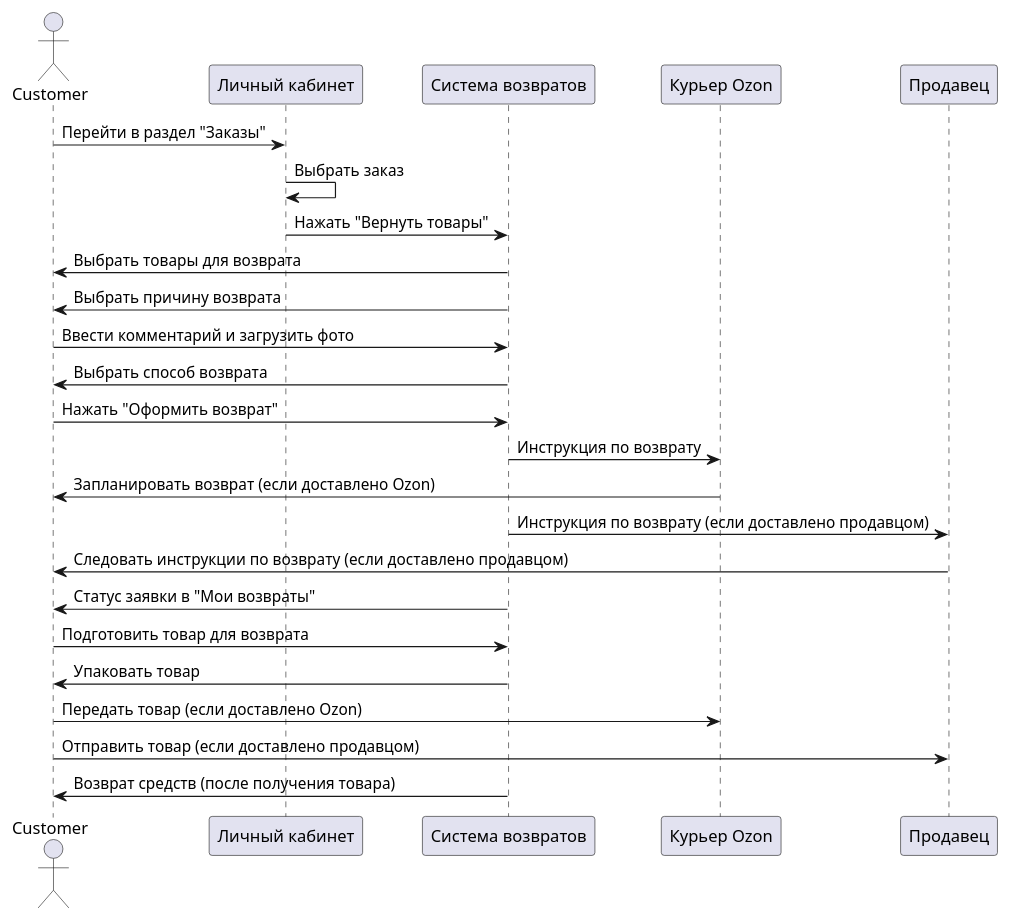
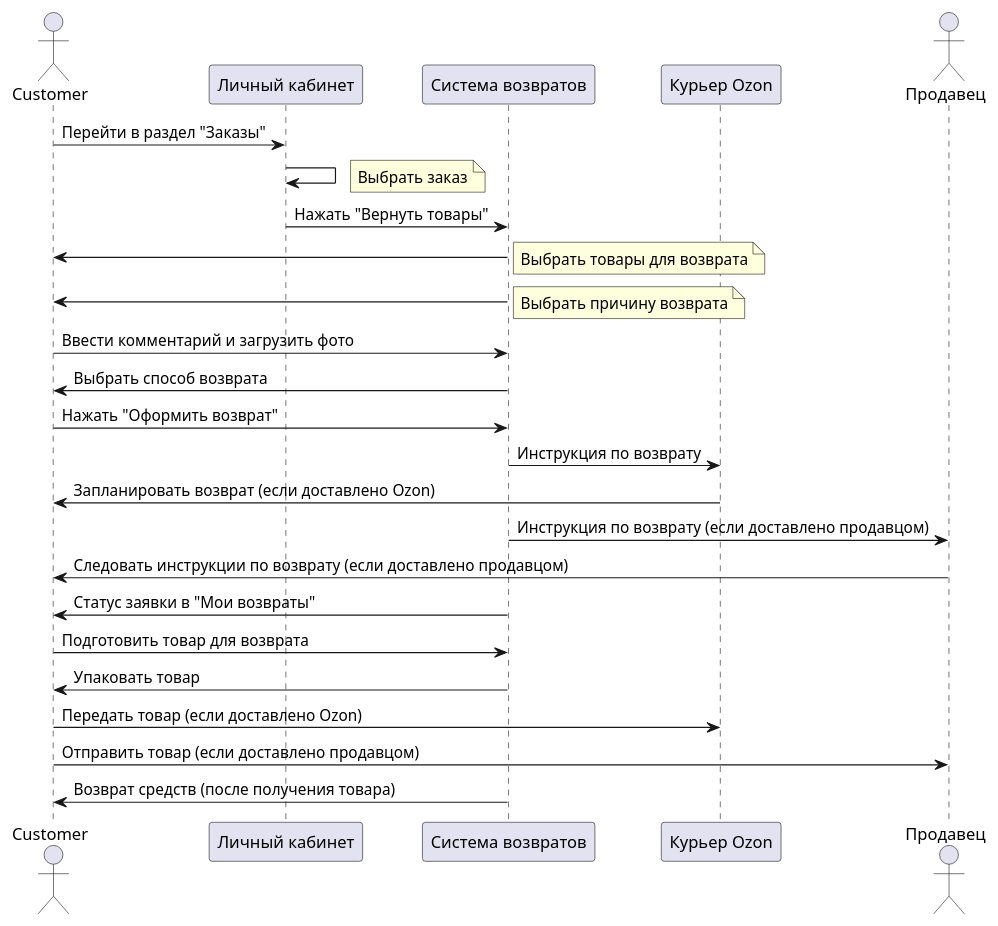
The diagram in return_scheme.puml (Giuzal/Test-Ozon-TechWriter), drawn with PlantUML before and after one commit. The commit also changed 3 other files, not shown here.

```diff
--- a/return_scheme.puml
+++ b/return_scheme.puml
@@ -1,31 +1,35 @@
 @startuml
 actor Customer
 participant "Личный кабинет" as PersonalCabinet
 participant "Система возвратов" as ReturnsSystem
 participant "Курьер Ozon" as OzonCourier
-participant "Продавец" as Seller
+actor "Продавец" as Seller
 
 Customer -> PersonalCabinet: Перейти в раздел "Заказы"
-PersonalCabinet -> PersonalCabinet: Выбрать заказ
+PersonalCabinet -> PersonalCabinet: 
+note right: Выбрать заказ
 PersonalCabinet -> ReturnsSystem: Нажать "Вернуть товары"
-ReturnsSystem -> Customer: Выбрать товары для возврата
-ReturnsSystem -> Customer: Выбрать причину возврата
+
+ReturnsSystem -> Customer: 
+note right: Выбрать товары для возврата
+ReturnsSystem -> Customer: 
+note right: Выбрать причину возврата
 Customer -> ReturnsSystem: Ввести комментарий и загрузить фото
 ReturnsSystem -> Customer: Выбрать способ возврата
 Customer -> ReturnsSystem: Нажать "Оформить возврат"
 
 ReturnsSystem -> OzonCourier: Инструкция по возврату
 OzonCourier -> Customer: Запланировать возврат (если доставлено Ozon)
 
 ReturnsSystem -> Seller: Инструкция по возврату (если доставлено продавцом)
 Seller -> Customer: Следовать инструкции по возврату (если доставлено продавцом)
 
 ReturnsSystem -> Customer: Статус заявки в "Мои возвраты"
 Customer -> ReturnsSystem: Подготовить товар для возврата
 ReturnsSystem -> Customer: Упаковать товар
 
 Customer -> OzonCourier: Передать товар (если доставлено Ozon)
 Customer -> Seller: Отправить товар (если доставлено продавцом)
 
 ReturnsSystem -> Customer: Возврат средств (после получения товара)
 @enduml
```
